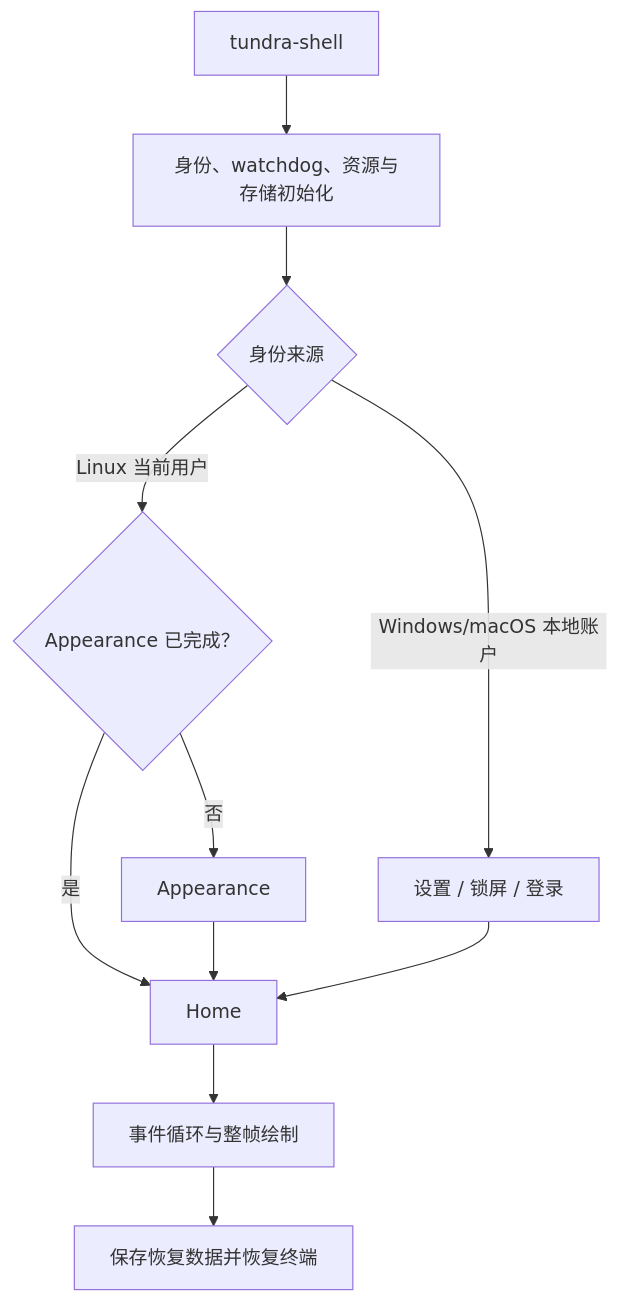
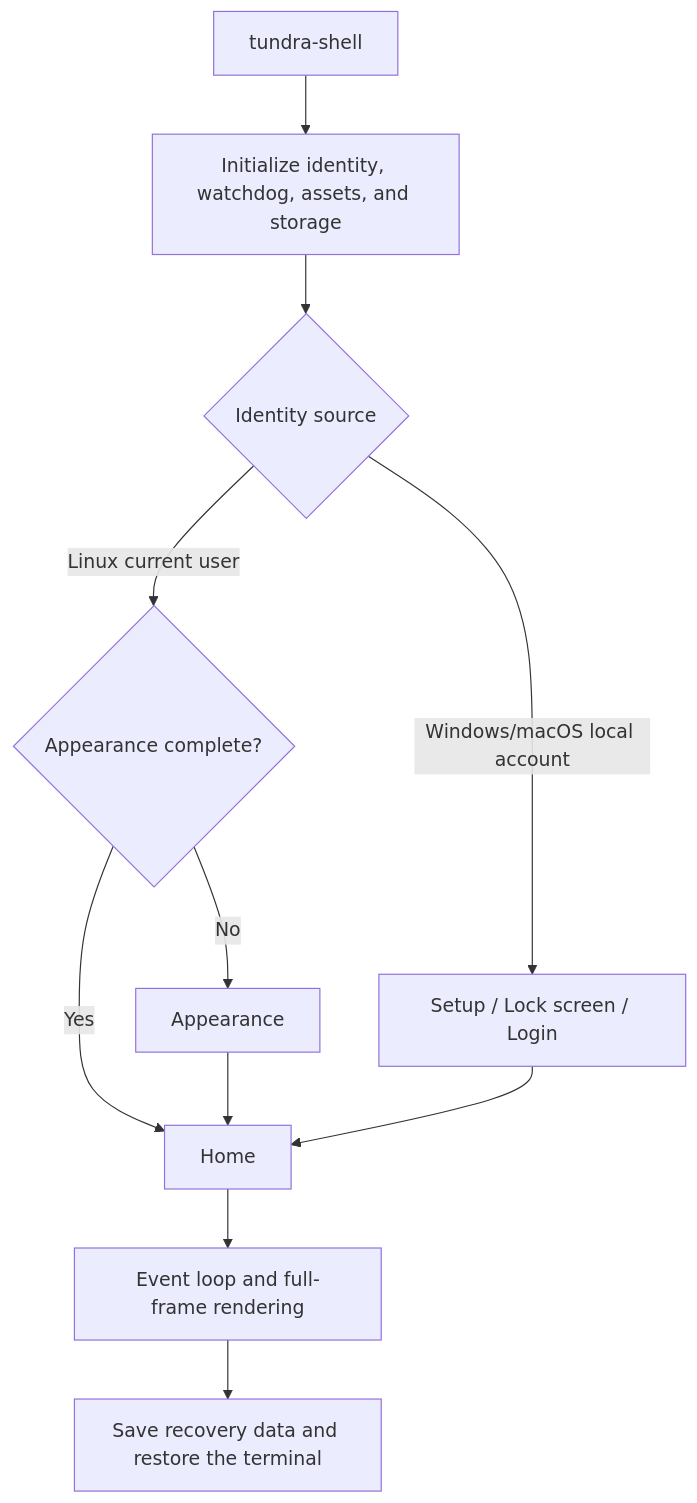
One commit to peixuanthomas/TundraUX3 changed the first of 2 diagrams in crates/shell/docs/session.md. Above: the diagram before and after it, drawn with Mermaid. The commit also changed other lines of this file and 69 other files, not shown here.

````diff
--- a/crates/shell/docs/session.md
+++ b/crates/shell/docs/session.md
@@ -16,13 +16,13 @@
 ```mermaid
 flowchart TD
-    A[tundra-shell] --> B[身份、watchdog、资源与存储初始化]
-    B --> C{身份来源}
-    C -->|Linux 当前用户| D{Appearance 已完成？}
-    D -->|否| E[Appearance]
-    D -->|是| H[Home]
+    A[tundra-shell] --> B[Initialize identity, watchdog, assets, and storage]
+    B --> C{Identity source}
+    C -->|Linux current user| D{Appearance complete?}
+    D -->|No| E[Appearance]
+    D -->|Yes| H[Home]
     E --> H
-    C -->|Windows/macOS 本地账户| F[设置 / 锁屏 / 登录]
+    C -->|Windows/macOS local account| F[Setup / Lock screen / Login]
     F --> H
-    H --> I[事件循环与整帧绘制]
-    I --> J[保存恢复数据并恢复终端]
+    H --> I[Event loop and full-frame rendering]
+    I --> J[Save recovery data and restore the terminal]
 ```
````
